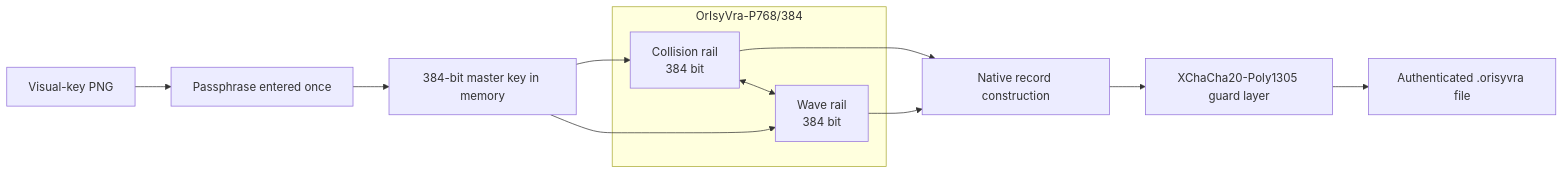
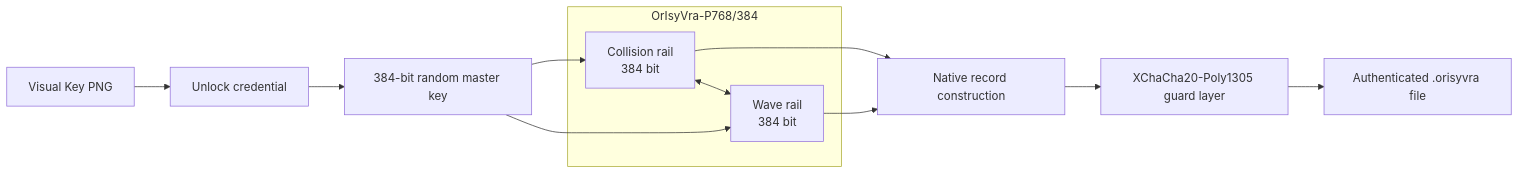
The diagram in README.md (urotsuki-san/OrIsyVra), drawn with Mermaid before and after one commit. The commit also changed other lines of this file and 22 other files, not shown here.

````diff
--- a/README.md
+++ b/README.md
@@ -148,24 +116,24 @@
 ```mermaid
 flowchart LR
-    V[Visual-key PNG]
-    P[Passphrase entered once]
-    M[384-bit master key in memory]
+    V[Visual Key PNG]
+    U[Unlock credential]
+    M[384-bit random master key]
 
     subgraph O[OrIsyVra-P768/384]
       C[Collision rail\n384 bit]
       W[Wave rail\n384 bit]
       C <--> W
     end
 
     S[Native record construction]
     G[XChaCha20-Poly1305 guard layer]
     F[Authenticated .orisyvra file]
 
-    V --> P --> M
+    V --> U --> M
     M --> C
     M --> W
     C --> S
     W --> S
     S --> G
     G --> F
 ```
````
